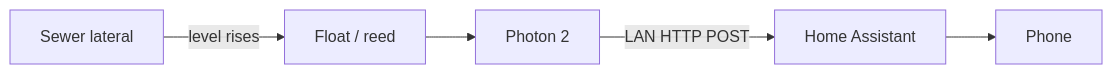
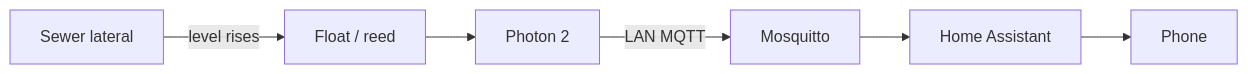
One commit to esper256/smart-sewer-backup-detector changed the diagram in README.md. Above: the diagram before and after it, drawn with Mermaid. The commit also changed other lines of this file and 6 other files, not shown here.

First line of the commit message:
Switch telemetry to LAN MQTT; keep D7 LED; split secrets.

````diff
--- a/README.md
+++ b/README.md
@@ -17,7 +17,8 @@
 ```mermaid
 flowchart LR
   lateral[Sewer lateral] -->|level rises| float[Float / reed]
   float --> photon[Photon 2]
-  photon -->|LAN HTTP POST| ha[Home Assistant]
+  photon -->|LAN MQTT| broker[Mosquitto]
+  broker --> ha[Home Assistant]
   ha --> phone[Phone]
 ```
````
